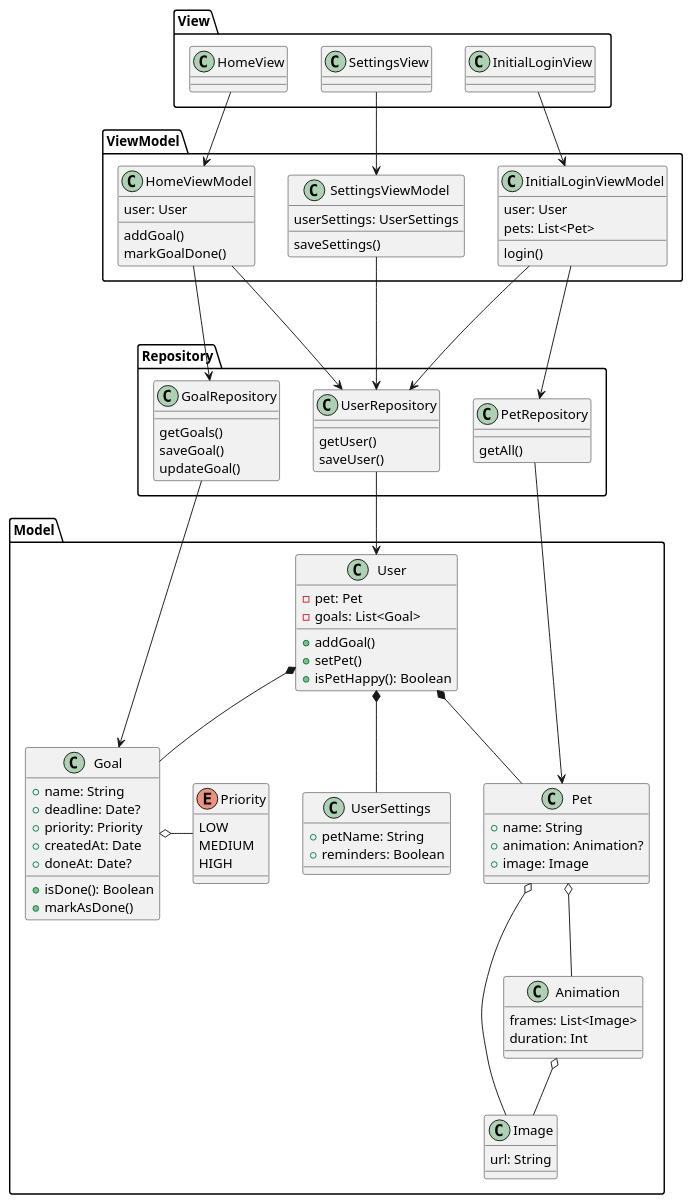
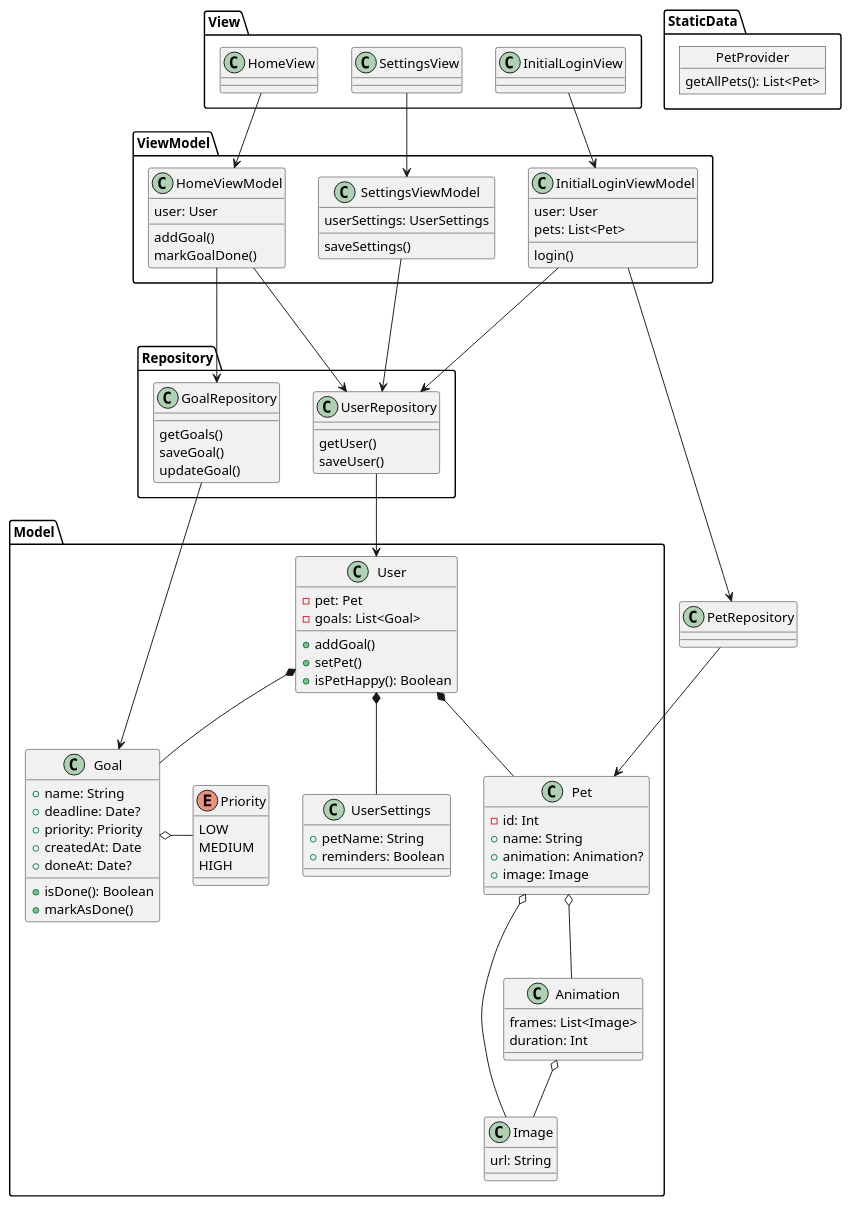
One commit to HabitHatch/HabitHatchApp changed the diagram in docs/class_diagram.puml. Above: the diagram before and after it, drawn with PlantUML. The commit also changed 13 other files, not shown here.

```diff
--- a/docs/class_diagram.puml
+++ b/docs/class_diagram.puml
@@ -1,116 +1,120 @@
 @startuml
 
 
 package Model{
 
     class Image{
         url: String
     }
 
     class Animation{
         frames: List<Image>
         duration: Int
     }
     class User {
         - pet: Pet
         - goals: List<Goal>
         + addGoal()
         + setPet()
         + isPetHappy(): Boolean
     }
     class UserSettings{
         + petName: String
         + reminders: Boolean
     }
 
     class Pet {
+        - id: Int
         + name: String
         + animation: Animation?
         + image: Image
     }
     enum Priority {
         LOW
         MEDIUM
         HIGH
     }
 
     class Goal {
         + name: String
         + deadline: Date?
         + priority: Priority
         + createdAt: Date
         + doneAt: Date?
         + isDone(): Boolean
         + markAsDone()
     }
     Goal o- Priority
     User *-- Pet
     User *-- Goal
     User *-- UserSettings
     Pet o-- Image
     Pet o-- Animation
     Animation o-- Image
 
 }
 
 package View{
     class InitialLoginView{
     }
 
     class HomeView {
     }
 
     class SettingsView{
     }
 }
 
 package ViewModel{
     class InitialLoginViewModel{
         login()
         user: User
         pets: List<Pet>
     }
     class HomeViewModel {
         addGoal()
         markGoalDone()
         user: User
     }
     class SettingsViewModel{
         userSettings: UserSettings
         saveSettings()
     }
 }
 
 package Repository{
     class UserRepository {
         getUser()
         saveUser()
     }
 
     class GoalRepository {
         getGoals()
         saveGoal()
         updateGoal()
     }
-    class PetRepository{
-        getAll()
+}
+
+package StaticData {
+    object PetProvider {
+        getAllPets(): List<Pet>
     }
 }
 
 InitialLoginView -down-> InitialLoginViewModel
 HomeView -down-> HomeViewModel
 SettingsView -down-> SettingsViewModel
 
 InitialLoginViewModel -down--> UserRepository
 InitialLoginViewModel -down--> PetRepository
 
 HomeViewModel -down> GoalRepository
 HomeViewModel -down> UserRepository
 
 SettingsViewModel -down-> UserRepository
 
 
 PetRepository --> Pet
 UserRepository --> User
 GoalRepository --> Goal
 @enduml
```
